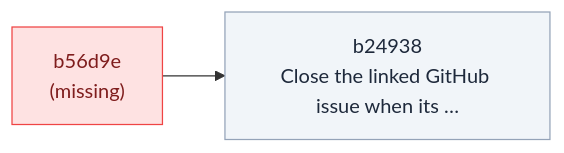
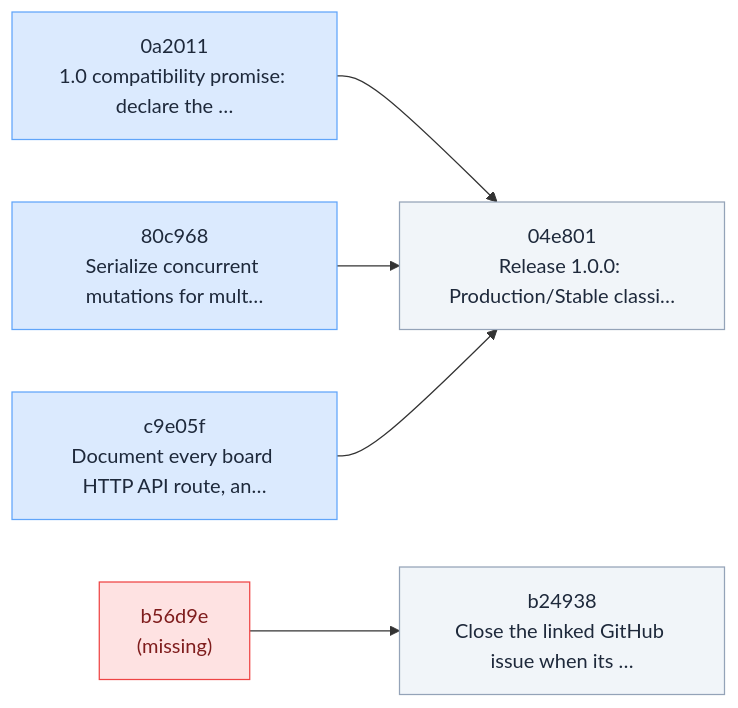
The diagram in .skald/README.md (Vitund-AI/skald), drawn with Mermaid before and after one commit. The commit also changed other lines of this file and 5 other files, not shown here.

First line of the commit message:
Groom 1.0: compatibility promise, concurrency, API docs, release; agent sessions idea

````diff
--- a/.skald/README.md
+++ b/.skald/README.md
@@ -16,10 +25,19 @@
 ```mermaid
 flowchart LR
+    n_04e801["04e801<br/>Release 1.0.0: Production/Stable classi…"]
+    n_0a2011["0a2011<br/>1.0 compatibility promise: declare the …"]
+    n_80c968["80c968<br/>Serialize concurrent mutations for mult…"]
     n_b24938["b24938<br/>Close the linked GitHub issue when its …"]
     n_b56d9e["b56d9e<br/>(missing)"]
+    n_c9e05f["c9e05f<br/>Document every board HTTP API route, an…"]
     n_b56d9e --> n_b24938
+    n_0a2011 --> n_04e801
+    n_80c968 --> n_04e801
+    n_c9e05f --> n_04e801
     classDef backlog fill:#f1f5f9,stroke:#94a3b8,color:#1e293b
+    classDef ready fill:#dbeafe,stroke:#60a5fa,color:#1e293b
     classDef unknown fill:#fee2e2,stroke:#ef4444,color:#7f1d1d
-    class n_b24938 backlog
+    class n_04e801,n_b24938 backlog
+    class n_0a2011,n_80c968,n_c9e05f ready
     class n_b56d9e unknown
 ```
````
